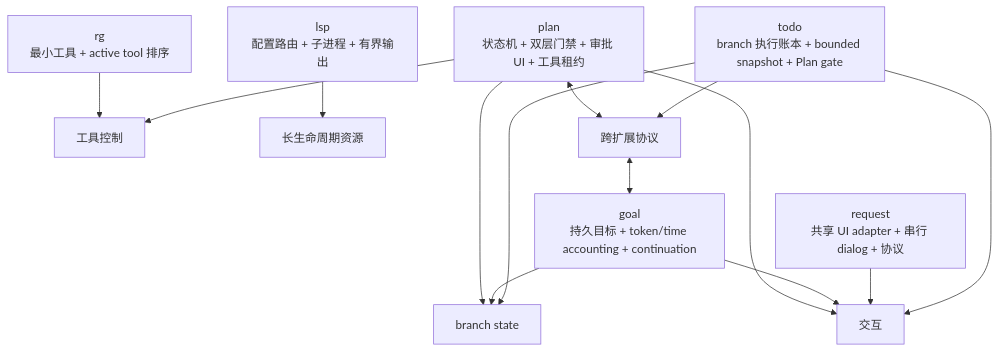
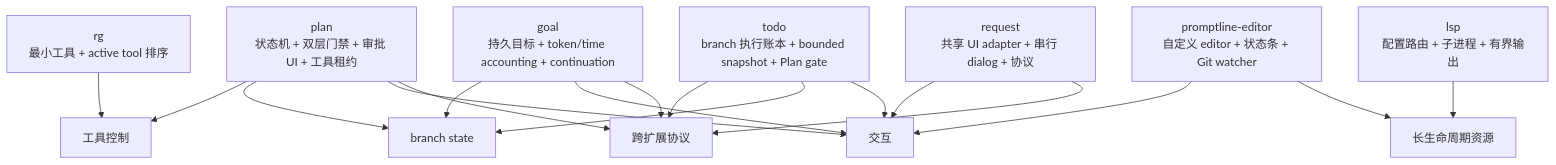
One commit to jaronic/pi-extensions changed diagram 19 of 19 in docs/design/04-extension-system.md. Above: the diagram before and after it, drawn with Mermaid. The commit also changed other lines of this file and 15 other files, not shown here.

````diff
--- a/docs/design/04-extension-system.md
+++ b/docs/design/04-extension-system.md
@@ -458,22 +469,27 @@
 ```mermaid
 flowchart TB
     RG[rg<br/>最小工具 + active tool 排序]
     Plan[plan<br/>状态机 + 双层门禁 + 审批 UI + 工具租约]
     Goal[goal<br/>持久目标 + token/time accounting + continuation]
     LSP[lsp<br/>配置路由 + 子进程 + 有界输出]
     Request[request<br/>共享 UI adapter + 串行 dialog + 协议]
     Todo[todo<br/>branch 执行账本 + bounded snapshot + Plan gate]
+    Promptline[promptline-editor<br/>自定义 editor + 状态条 + Git watcher]
 
     RG --> Tools[工具控制]
     Plan --> Tools
     Plan --> State[branch state]
     Goal --> State
     Plan --> UI[交互]
     Goal --> UI
     Request --> UI
+    Promptline --> UI
     LSP --> Resource[长生命周期资源]
-    Plan <--> Protocol[跨扩展协议] <--> Goal
+    Promptline --> Resource
+    Plan --> Protocol[跨扩展协议]
+    Goal --> Protocol
+    Request --> Protocol
+    Todo --> Protocol
     Todo --> State
     Todo --> UI
-    Todo --> Protocol
 ```
````
